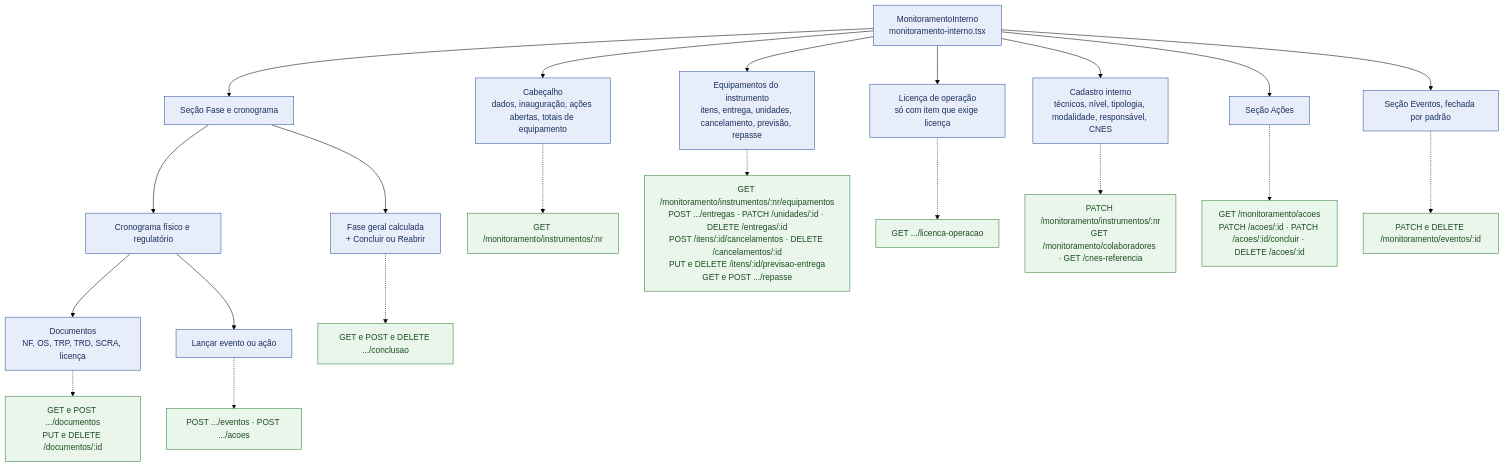
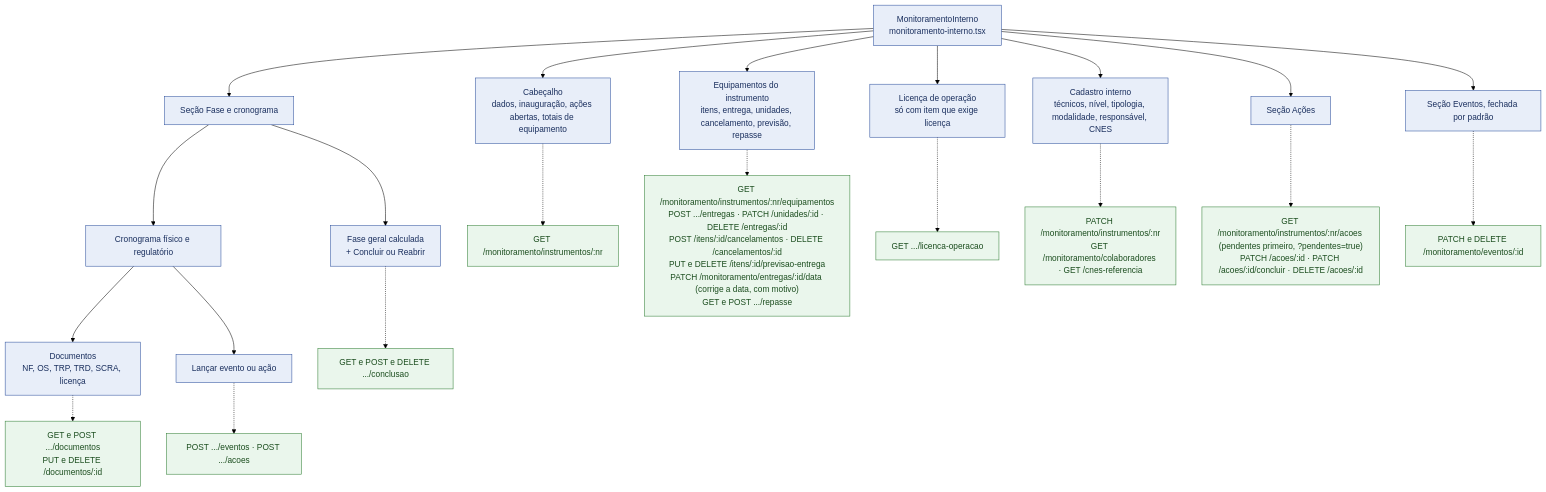
The second of 12 diagrams in docs/arquitetura/mapa-monitoramento-interno-2026-11-19.md (devs-ministerio/par_equipamentos), drawn with Mermaid (forest theme) before and after one commit. The commit also changed other lines of this file and 1 other file, not shown here.

Commit message:
docs: mapa revisão 3 e CLAUDE.md com as correções do diagnóstico constitucional

````diff
--- a/docs/arquitetura/mapa-monitoramento-interno-2026-11-19.md
+++ b/docs/arquitetura/mapa-monitoramento-interno-2026-11-19.md
@@ -36,29 +42,29 @@
 ```mermaid
 flowchart TB
     classDef comp fill:#E8EEF9,stroke:#2A4D9B,color:#1a2f5e
     classDef api fill:#EAF6EC,stroke:#2E7D32,color:#1b4d1e
 
     PG["MonitoramentoInterno<br/>monitoramento-interno.tsx"]:::comp
     PG --> CAB["Cabeçalho<br/>dados, inauguração, ações abertas, totais de equipamento"]:::comp
     PG --> EQ["Equipamentos do instrumento<br/>itens, entrega, unidades, cancelamento, previsão, repasse"]:::comp
     PG --> LIC["Licença de operação<br/>só com item que exige licença"]:::comp
     PG --> CAD["Cadastro interno<br/>técnicos, nível, tipologia, modalidade, responsável, CNES"]:::comp
     PG --> SEC1["Seção Fase e cronograma"]:::comp
     PG --> SEC2["Seção Ações"]:::comp
     PG --> SEC3["Seção Eventos, fechada por padrão"]:::comp
 
     SEC1 --> FASE["Fase geral calculada<br/>+ Concluir ou Reabrir"]:::comp
     SEC1 --> CRON["Cronograma físico e regulatório"]:::comp
     CRON --> DOC["Documentos<br/>NF, OS, TRP, TRD, SCRA, licença"]:::comp
     CRON --> LANC["Lançar evento ou ação"]:::comp
 
     CAB -.-> A1["GET /monitoramento/instrumentos/:nr"]:::api
-    EQ -.-> A2["GET /monitoramento/instrumentos/:nr/equipamentos<br/>POST .../entregas · PATCH /unidades/:id · DELETE /entregas/:id<br/>POST /itens/:id/cancelamentos · DELETE /cancelamentos/:id<br/>PUT e DELETE /itens/:id/previsao-entrega<br/>GET e POST .../repasse"]:::api
+    EQ -.-> A2["GET /monitoramento/instrumentos/:nr/equipamentos<br/>POST .../entregas · PATCH /unidades/:id · DELETE /entregas/:id<br/>POST /itens/:id/cancelamentos · DELETE /cancelamentos/:id<br/>PUT e DELETE /itens/:id/previsao-entrega<br/>PATCH /monitoramento/entregas/:id/data (corrige a data, com motivo)<br/>GET e POST .../repasse"]:::api
     LIC -.-> A3["GET .../licenca-operacao"]:::api
     CAD -.-> A4["PATCH /monitoramento/instrumentos/:nr<br/>GET /monitoramento/colaboradores · GET /cnes-referencia"]:::api
     FASE -.-> A5["GET e POST e DELETE .../conclusao"]:::api
     DOC -.-> A6["GET e POST .../documentos<br/>PUT e DELETE /documentos/:id"]:::api
     LANC -.-> A7["POST .../eventos · POST .../acoes"]:::api
-    SEC2 -.-> A8["GET /monitoramento/acoes<br/>PATCH /acoes/:id · PATCH /acoes/:id/concluir · DELETE /acoes/:id"]:::api
+    SEC2 -.-> A8["GET /monitoramento/instrumentos/:nr/acoes (pendentes primeiro, ?pendentes=true)<br/>PATCH /acoes/:id · PATCH /acoes/:id/concluir · DELETE /acoes/:id"]:::api
     SEC3 -.-> A9["PATCH e DELETE /monitoramento/eventos/:id"]:::api
 ```
````
